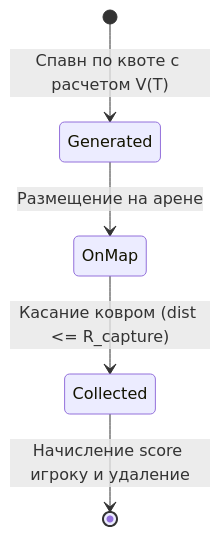
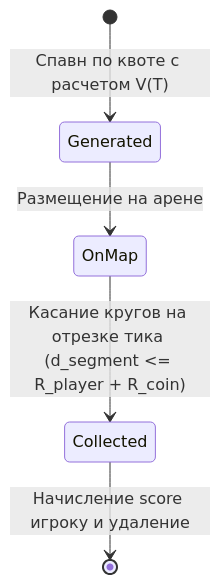
Before and after one commit to bytadaniel/open-datsmagic: the second of 2 diagrams in docs/domain/DR-008-treasure.md, drawn with Mermaid. The commit also changed other lines of this file and 140 other files, not shown here.

````diff
--- a/docs/domain/DR-008-treasure.md
+++ b/docs/domain/DR-008-treasure.md
@@ -131,7 +136,7 @@
 ```mermaid
 stateDiagram-v2
     [*] --> Generated: Спавн по квоте с расчетом V(T)
     Generated --> OnMap: Размещение на арене
-    OnMap --> Collected: Касание ковром (dist <= R_capture)
+    OnMap --> Collected: Касание кругов на отрезке тика (d_segment <= R_player + R_coin)
     Collected --> [*]: Начисление score игроку и удаление
 ```
````
